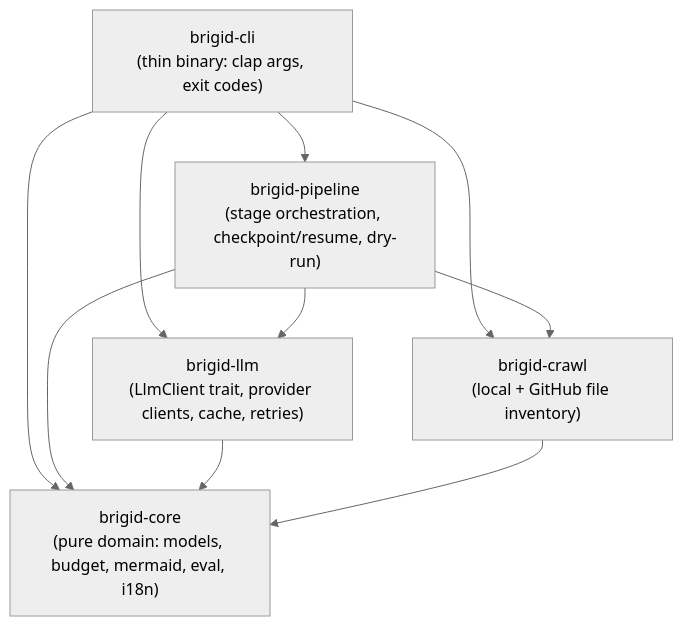
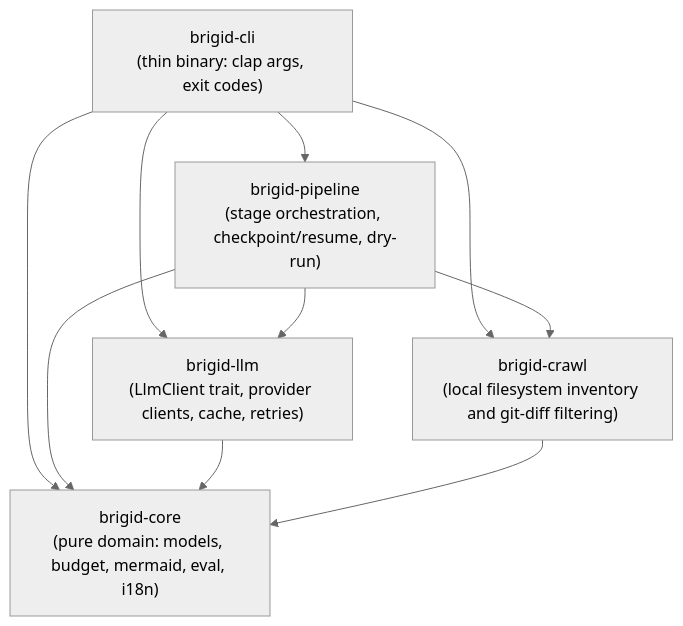
The first of 3 diagrams in ARCHITECTURE.md (igmarin/brigid), drawn with Mermaid (neutral theme) before and after one commit. The commit also changed other lines of this file and 17 other files, not shown here.

````diff
--- a/ARCHITECTURE.md
+++ b/ARCHITECTURE.md
@@ -18,18 +18,18 @@
 ```mermaid
 graph TD
     CLI["brigid-cli<br/>(thin binary: clap args, exit codes)"]
     Pipeline["brigid-pipeline<br/>(stage orchestration, checkpoint/resume, dry-run)"]
     LLM["brigid-llm<br/>(LlmClient trait, provider clients, cache, retries)"]
-    Crawl["brigid-crawl<br/>(local + GitHub file inventory)"]
+    Crawl["brigid-crawl<br/>(local filesystem inventory and git-diff filtering)"]
     Core["brigid-core<br/>(pure domain: models, budget, mermaid, eval, i18n)"]
 
     CLI --> Pipeline
     CLI --> LLM
     CLI --> Crawl
     CLI --> Core
     Pipeline --> LLM
     Pipeline --> Crawl
     Pipeline --> Core
     LLM --> Core
     Crawl --> Core
 ```
````
